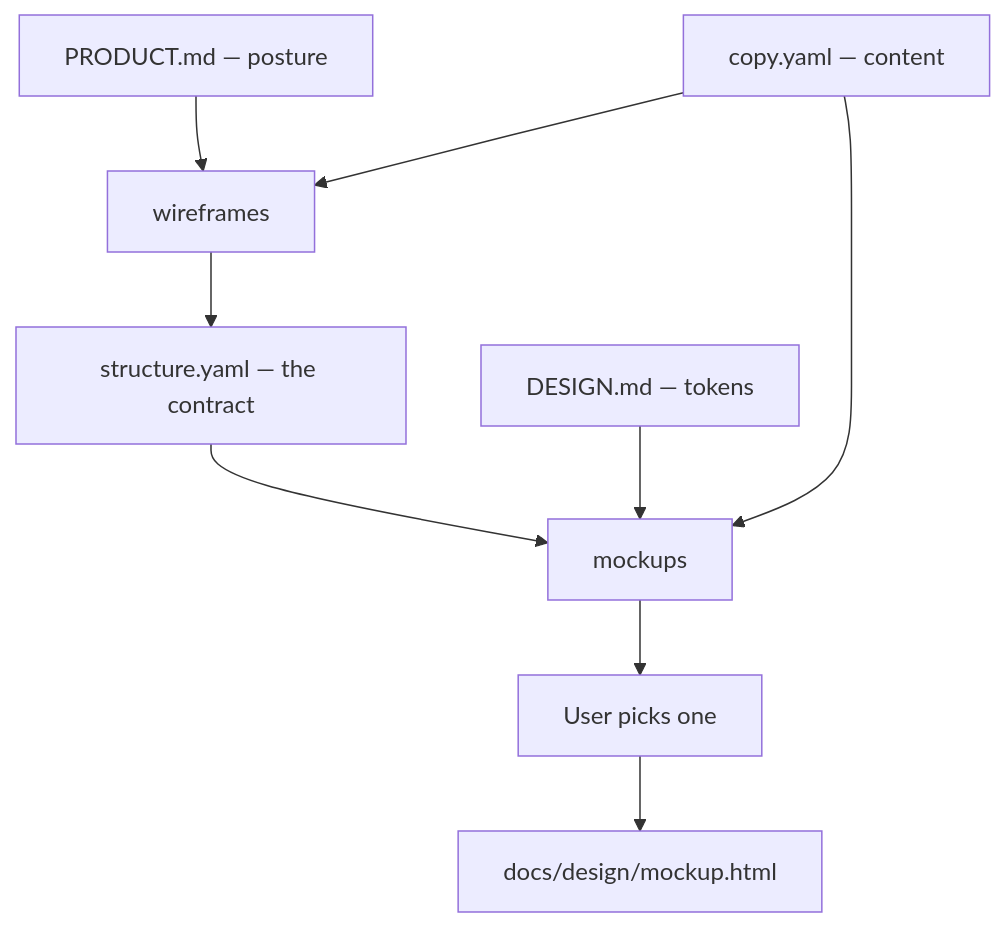
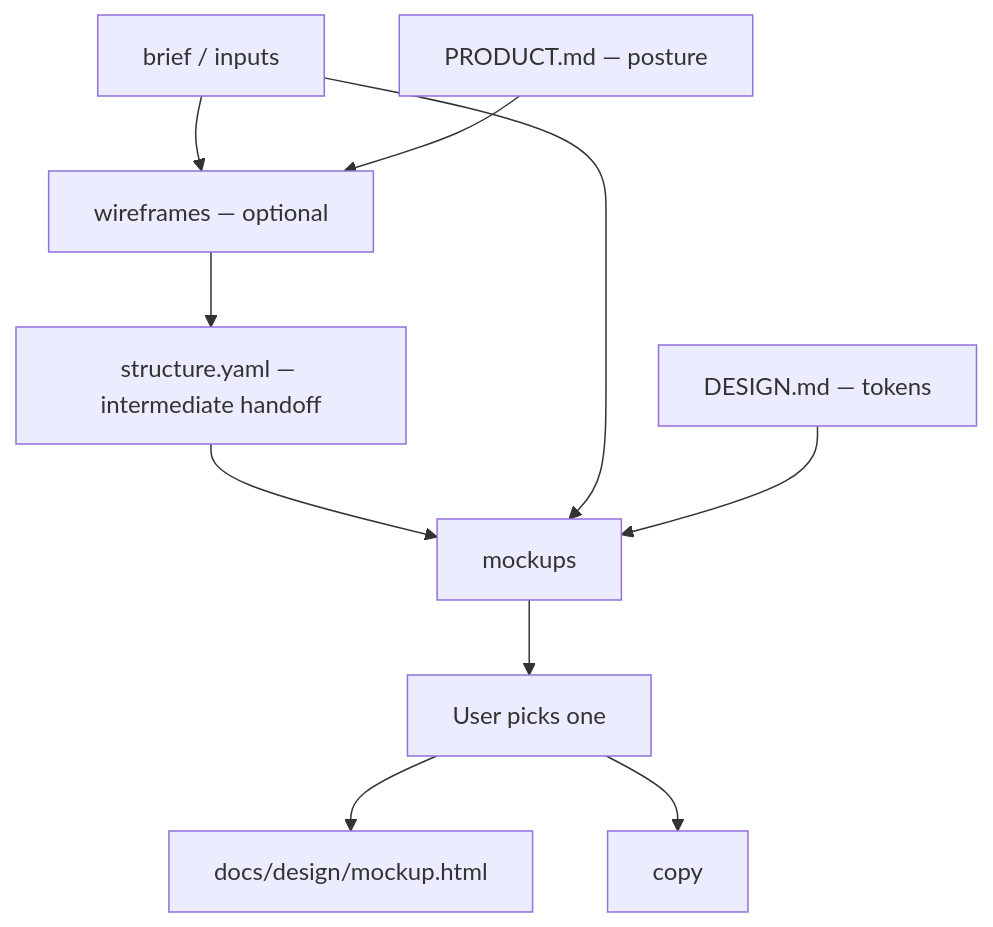
Before and after one commit to adeonir/agent-skills: the diagram in skills/product/craft-ui/README.md, drawn with Mermaid. The commit also changed other lines of this file and 6 other files, not shown here.

````diff
--- a/skills/product/craft-ui/README.md
+++ b/skills/product/craft-ui/README.md
@@ -7,11 +7,12 @@
 ```mermaid
 flowchart TD
-    P[PRODUCT.md — posture] --> W[wireframes]
-    C[copy.yaml — content] --> W
-    W --> S[structure.yaml — the contract]
+    I[brief / inputs] --> W[wireframes — optional]
+    P[PRODUCT.md — posture] --> W
+    W --> S[structure.yaml — intermediate handoff]
     S --> M[mockups]
+    I --> M
     D[DESIGN.md — tokens] --> M
-    C --> M
     M --> Pick[User picks one]
     Pick --> F[docs/design/mockup.html]
+    Pick --> C[copy]
 ```
````
